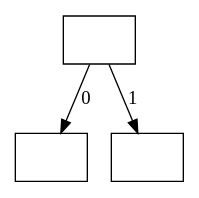
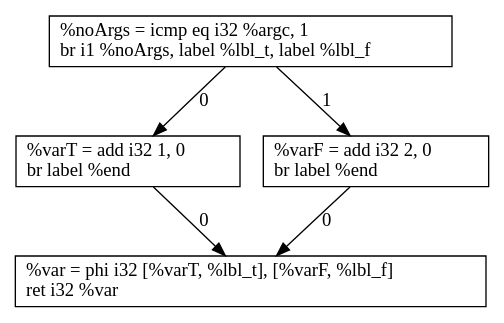
The diagram in main.dot (Jakobhuffman/p2), drawn with Graphviz before and after one commit. The commit also changed 2 other files, not shown here.

```diff
--- a/main.dot
+++ b/main.dot
@@ -1,7 +1,10 @@
 digraph {
-    Node0 [shape=record,label=""];
-    Node1 [shape=record,label=""];
-    Node2 [shape=record,label=""];
+    Node0 [shape=record,label="%noArgs = icmp eq i32 %argc, 1\lbr i1 %noArgs, label %lbl_t, label %lbl_f\l"];
+    Node1 [shape=record,label="%varT = add i32 1, 0\lbr label %end\l"];
+    Node2 [shape=record,label="%varF = add i32 2, 0\lbr label %end\l"];
+    Node3 [shape=record,label="%var = phi i32 [%varT, %lbl_t], [%varF, %lbl_f]\lret i32 %var\l"];
     Node0 -> Node1 [label=0];
     Node0 -> Node2 [label=1];
+    Node1 -> Node3 [label=0];
+    Node2 -> Node3 [label=0];
 }
```
